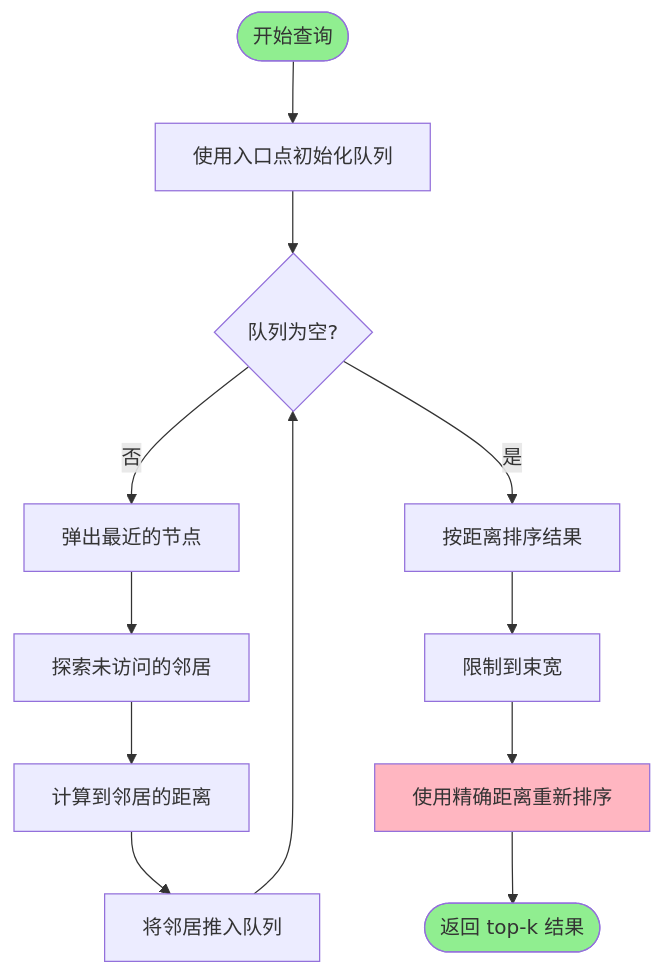
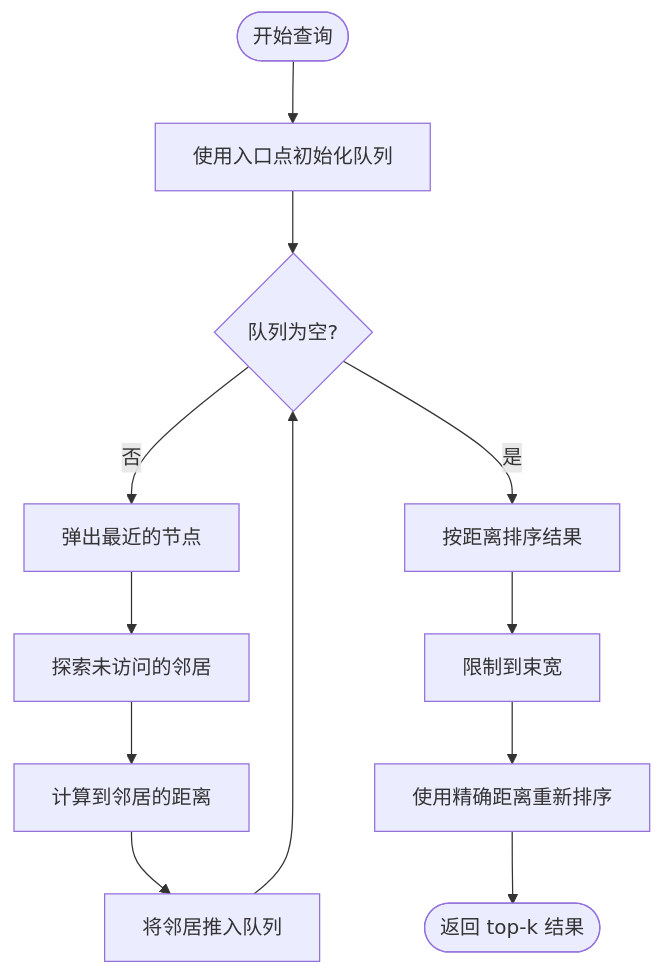
One commit to nexepic/zyx changed the second of 3 diagrams in docs/zh/algorithms/diskann.md. Above: the diagram before and after it, drawn with Mermaid. The commit also changed other lines of this file and 13 other files, not shown here.

First line of the commit message:
fix: remove ASCII art and colorful diagrams from algorithm docs

````diff
--- a/docs/zh/algorithms/diskann.md
+++ b/docs/zh/algorithms/diskann.md
@@ -217,18 +214,14 @@
 ```mermaid
 flowchart TD
     Start([开始查询]) --> Init[使用入口点初始化队列]
     Init --> Loop{队列为空?}
     Loop -->|否| Pop[弹出最近的节点]
     Pop --> Expand[探索未访问的邻居]
     Expand --> Compute[计算到邻居的距离]
     Compute --> Push[将邻居推入队列]
     Push --> Loop
     Loop -->|是| Sort[按距离排序结果]
     Sort --> Limit[限制到束宽]
     Limit --> Rerank[使用精确距离重新排序]
     Rerank --> Return([返回 top-k 结果])
-
-    style Start fill:#90EE90
-    style Return fill:#90EE90
-    style Rerank fill:#FFB6C1
 ```
````
